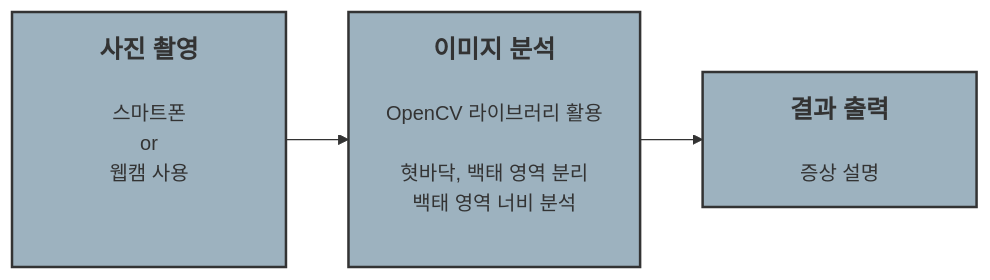
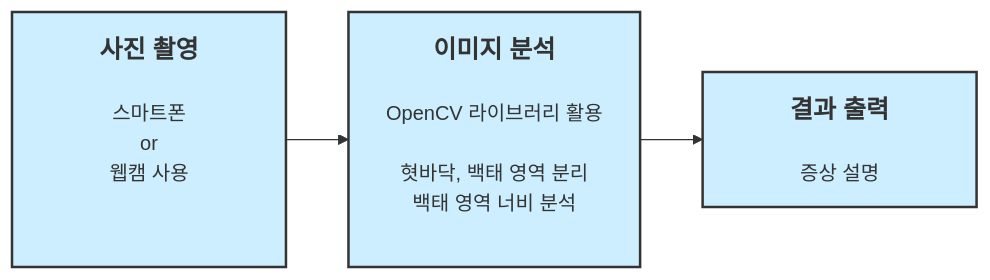
One commit to 201710808/-p changed the diagram in Readme.md. Above: the diagram before and after it, drawn with Mermaid.

````diff
--- a/Readme.md
+++ b/Readme.md
@@ -3,9 +3,9 @@
 ```mermaid
 graph LR
 A[<b><span style='font-size:20px'>  사진 촬영  </span></b><br><br>스마트폰\nor\n웹캠 사용<br><br><br>]-->B[<b><span style='font-size:20px'>이미지 분석</span></b><br><br>OpenCV 라이브러리 활용<br><br>혓바닥, 백태 영역 분리<br>백태 영역 너비 분석<br><br>]
 B-->C[<b><span style='font-size:20px'>  결과 출력  </span></b><br><br>증상 설명]
 
-style A fill:#9DB2BF,stroke:#333,stroke-width:2px
-style B fill:#9DB2BF,stroke:#333,stroke-width:2px
-style C fill:#9DB2BF,stroke:#333,stroke-width:2px
+style A fill:#CCEEFF ,stroke:#333,stroke-width:2px
+style B fill:#CCEEFF ,stroke:#333,stroke-width:2px
+style C fill:#CCEEFF ,stroke:#333,stroke-width:2px
 ```
````
